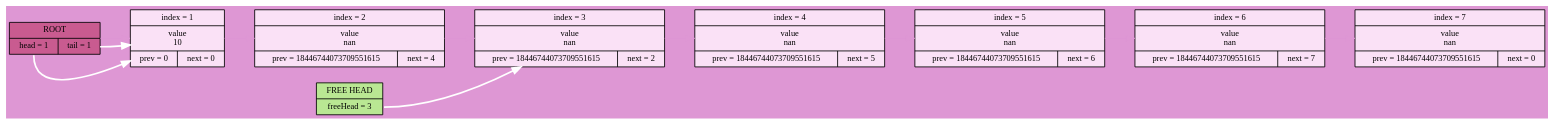
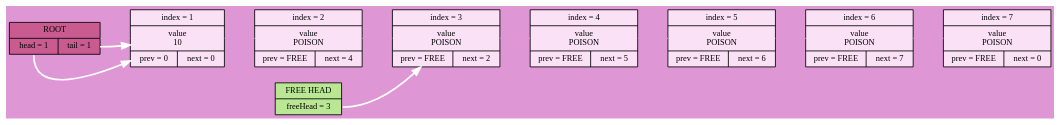
The diagram in log/dot/iter7.dot (Wool5443/LinkedList), drawn with Graphviz before and after one commit. The commit also changed 38 other files, not shown here.

```diff
--- a/log/dot/iter7.dot
+++ b/log/dot/iter7.dot
@@ -1,19 +1,19 @@
 digraph
 {
 rankdir = LR;
 node[shape = record, color = "#000000", fontname = "Fira Code Bold", fontsize = 10];
 bgcolor = "#de97d4";
 ROOT[style = "filled", fillcolor = "#c95b90", label = "ROOT|{<head>head = 1|<tail>tail = 1}"];
 FREE_HEAD[style = "filled", fillcolor = "#b9e793", label = "FREE HEAD|<freeHead>freeHead = 3"];
 CELL_1[style = "filled", fillcolor = "#fae1f6", label = "index = 1|value\n10|{prev = 0|next = 0}"];
-CELL_2[style = "filled", fillcolor = "#fae1f6", label = "index = 2|value\nnan|{prev = 18446744073709551615|next = 4}"];
-CELL_3[style = "filled", fillcolor = "#fae1f6", label = "index = 3|value\nnan|{prev = 18446744073709551615|next = 2}"];
-CELL_4[style = "filled", fillcolor = "#fae1f6", label = "index = 4|value\nnan|{prev = 18446744073709551615|next = 5}"];
-CELL_5[style = "filled", fillcolor = "#fae1f6", label = "index = 5|value\nnan|{prev = 18446744073709551615|next = 6}"];
-CELL_6[style = "filled", fillcolor = "#fae1f6", label = "index = 6|value\nnan|{prev = 18446744073709551615|next = 7}"];
-CELL_7[style = "filled", fillcolor = "#fae1f6", label = "index = 7|value\nnan|{prev = 18446744073709551615|next = 0}"];
+CELL_2[style = "filled", fillcolor = "#fae1f6", label = "index = 2|value\nPOISON|{prev = FREE|next = 4}"];
+CELL_3[style = "filled", fillcolor = "#fae1f6", label = "index = 3|value\nPOISON|{prev = FREE|next = 2}"];
+CELL_4[style = "filled", fillcolor = "#fae1f6", label = "index = 4|value\nPOISON|{prev = FREE|next = 5}"];
+CELL_5[style = "filled", fillcolor = "#fae1f6", label = "index = 5|value\nPOISON|{prev = FREE|next = 6}"];
+CELL_6[style = "filled", fillcolor = "#fae1f6", label = "index = 6|value\nPOISON|{prev = FREE|next = 7}"];
+CELL_7[style = "filled", fillcolor = "#fae1f6", label = "index = 7|value\nPOISON|{prev = FREE|next = 0}"];
 ROOT->CELL_1->CELL_2->CELL_3->CELL_4->CELL_5->CELL_6->CELL_7 [weight = 1000000000, color = "#de97d4"];
 ROOT:head->CELL_1 [style = "bold", color = white];
 ROOT:tail->CELL_1 [style = "bold", color = white];
 FREE_HEAD:freeHead->CELL_3[style = "bold", color = white];
 }
```
